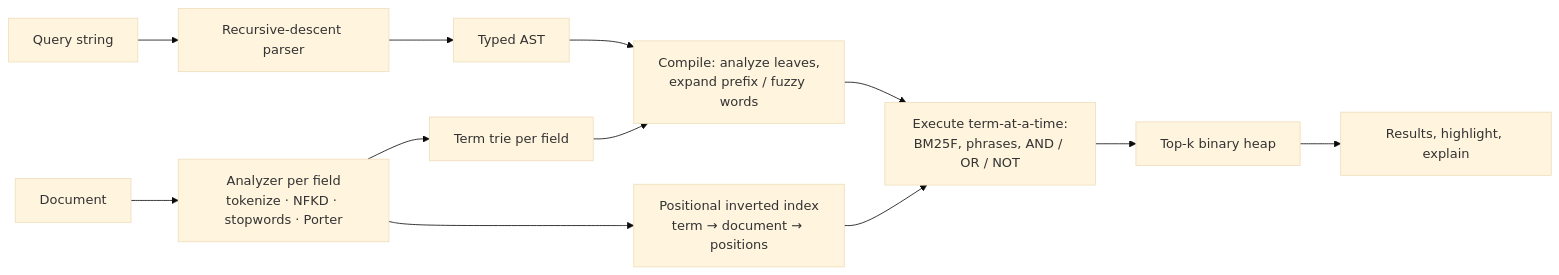
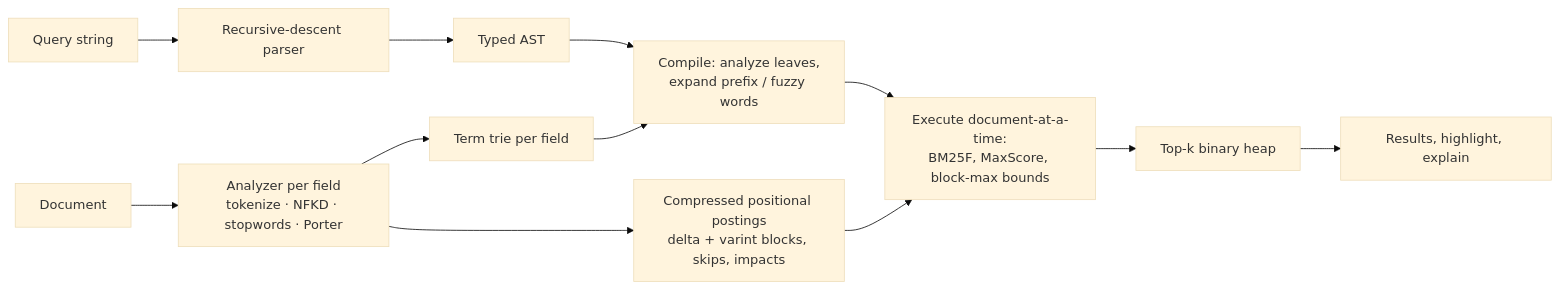
One commit to ult666666/searchlite changed the diagram in README.md. Above: the diagram before and after it, drawn with Mermaid (base theme). The commit also changed other lines of this file and 28 other files, not shown here.

First line of the commit message:
Add MaxScore top-k search over compressed postings (#15)

````diff
--- a/README.md
+++ b/README.md
@@ -208,12 +215,12 @@
 ```mermaid
 flowchart LR
   D[Document] --> A["Analyzer per field<br/>tokenize · NFKD · stopwords · Porter"]
-  A --> I["Positional inverted index<br/>term → document → positions"]
+  A --> I["Compressed positional postings<br/>delta + varint blocks, skips, impacts"]
   A --> T[Term trie per field]
   Q[Query string] --> P[Recursive-descent parser] --> AST[Typed AST]
   AST --> C["Compile: analyze leaves,<br/>expand prefix / fuzzy words"]
   T --> C
-  C --> E["Execute term-at-a-time:<br/>BM25F, phrases, AND / OR / NOT"]
+  C --> E["Execute document-at-a-time:<br/>BM25F, MaxScore, block-max bounds"]
   I --> E
   E --> K[Top-k binary heap] --> R[Results, highlight, explain]
 ```
````
